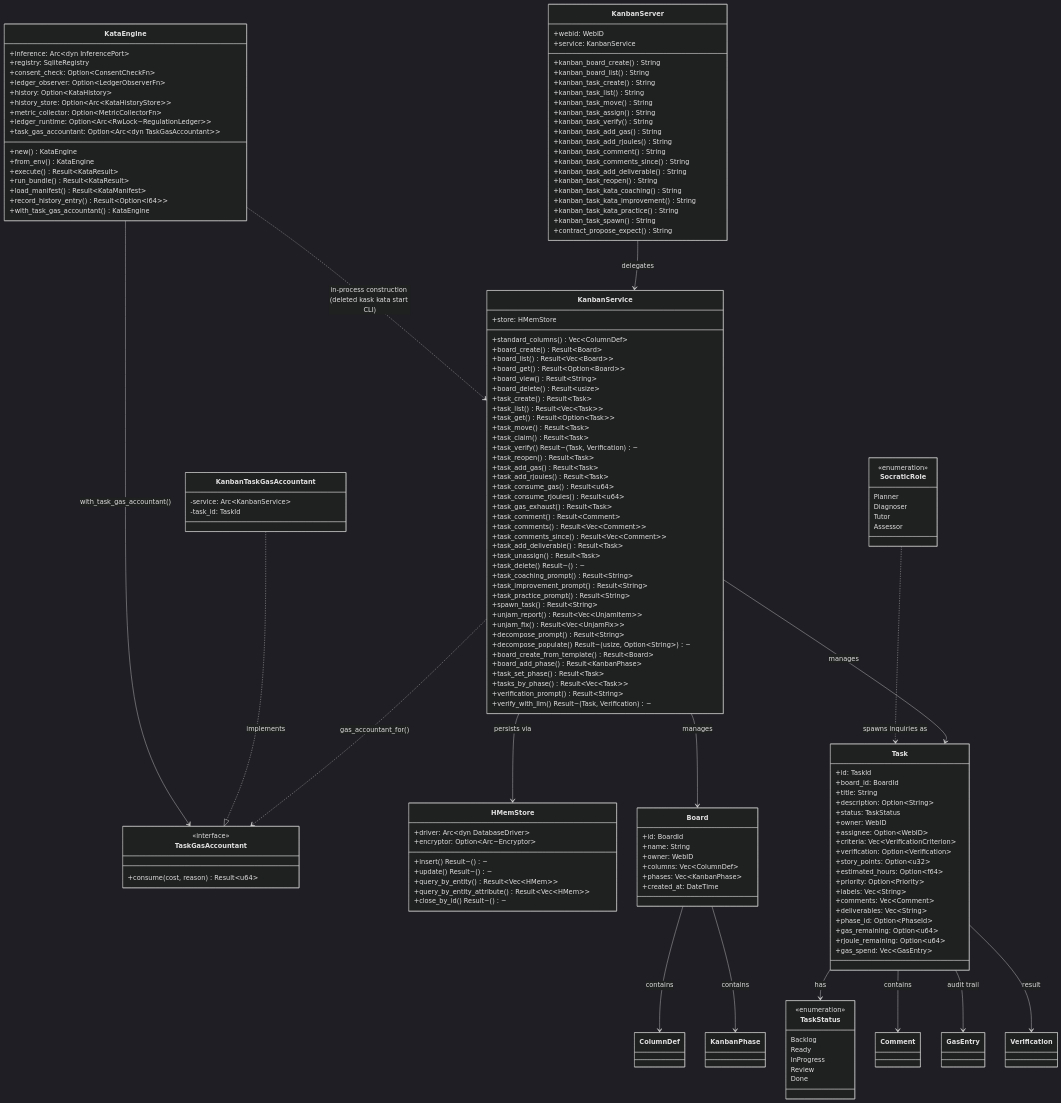
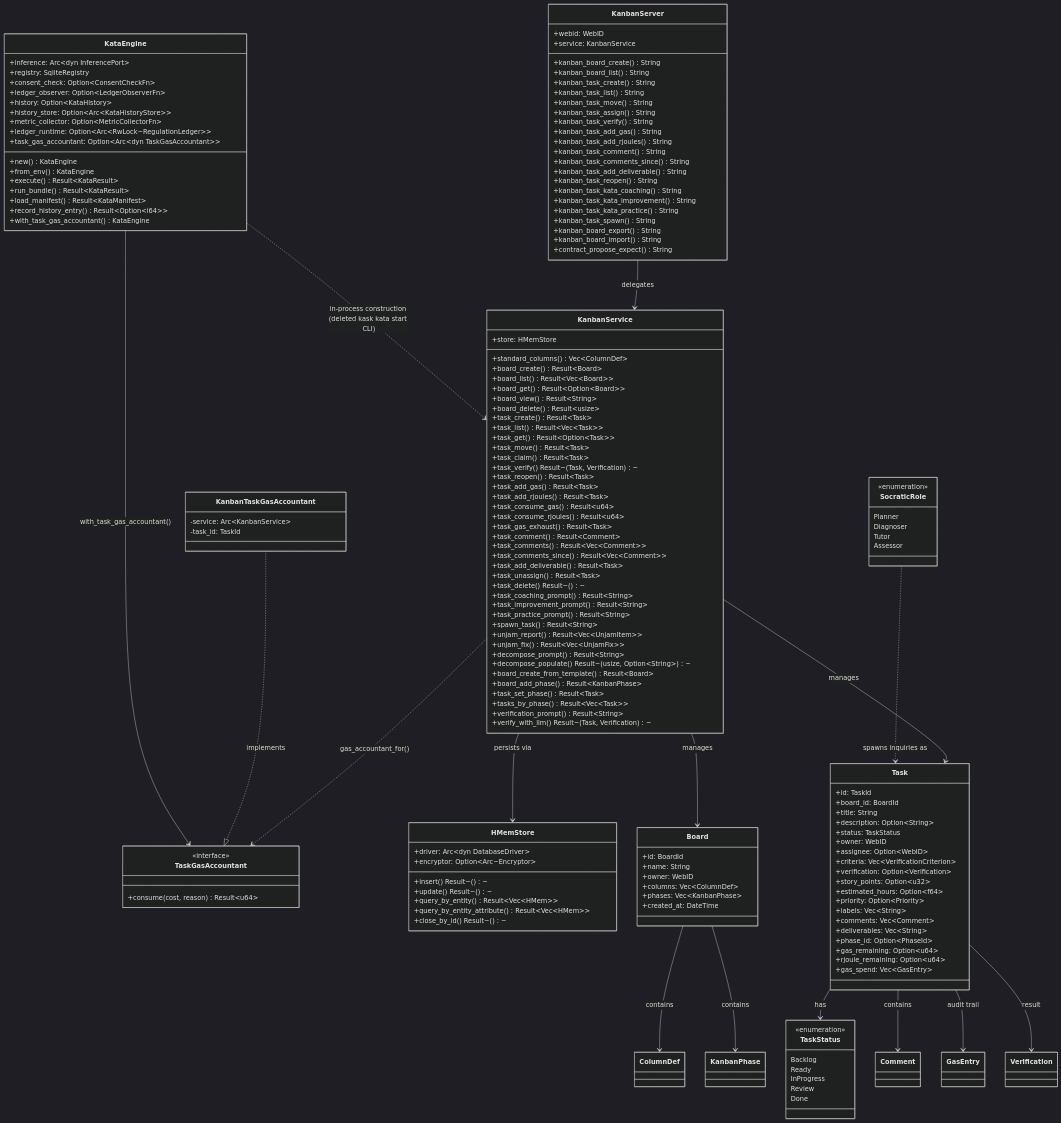
One commit to mdz-axo/zed-kask changed the diagram in kask/docs/reference/mcp-servers/README.md. Above: the diagram before and after it, drawn with Mermaid (dark theme). The commit also changed other lines of this file and 13 other files, not shown here.

```diff
--- a/kask/docs/reference/mcp-servers/README.md
+++ b/kask/docs/reference/mcp-servers/README.md
@@ -120,6 +122,8 @@
         +kanban_task_kata_improvement() String
         +kanban_task_kata_practice() String
         +kanban_task_spawn() String
+        +kanban_board_export() String
+        +kanban_board_import() String
         +contract_propose_expect() String
     }
 
```
